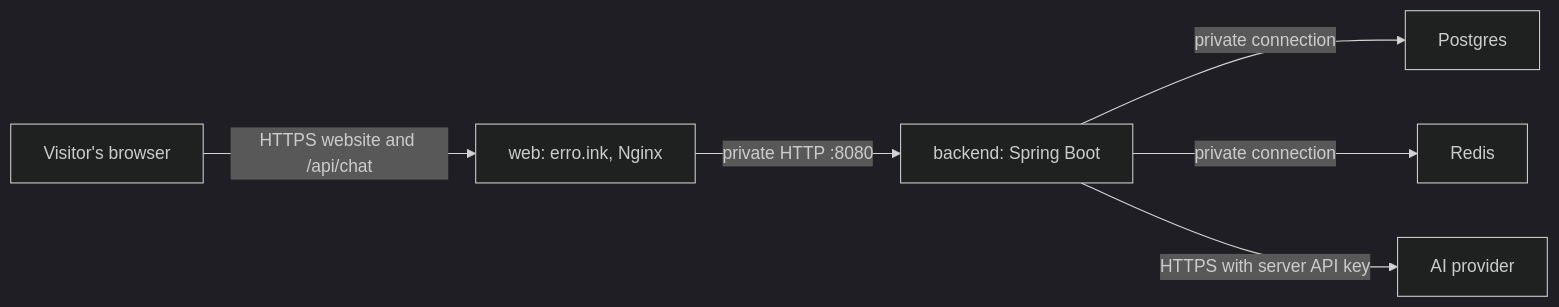
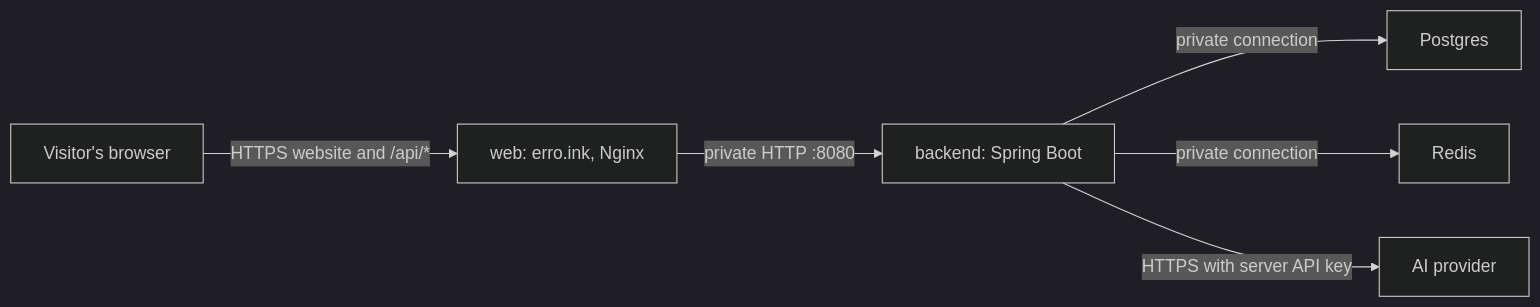
The diagram in docs/railway.md (blueye51/Erro), drawn with Mermaid (dark theme) before and after one commit. The commit also changed other lines of this file and 47 other files, not shown here.

````diff
--- a/docs/railway.md
+++ b/docs/railway.md
@@ -61,8 +62,8 @@
 ```mermaid
 flowchart LR
-    B[Visitor's browser] -->|HTTPS website and /api/chat| W[web: erro.ink, Nginx]
+    B[Visitor's browser] -->|HTTPS website and /api/*| W[web: erro.ink, Nginx]
     W -->|private HTTP :8080| A[backend: Spring Boot]
     A -->|private connection| P[Postgres]
     A -->|private connection| R[Redis]
     A -->|HTTPS with server API key| AI[AI provider]
 ```
````
